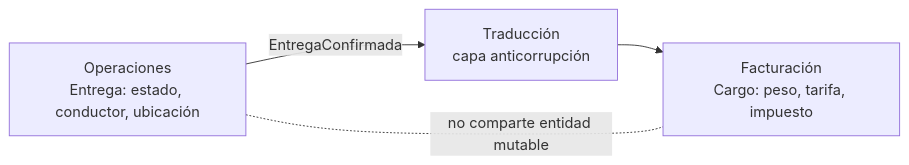
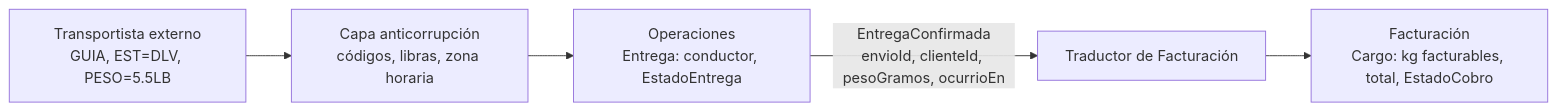
Before and after one commit to NICORUIZ93/The_Imperial_Book: the second of 4 diagrams in web/public/content/arquitectura/modulo-3.md, drawn with Mermaid. The commit also changed other lines of this file and 3 other files, not shown here.

````diff
--- a/web/public/content/arquitectura/modulo-3.md
+++ b/web/public/content/arquitectura/modulo-3.md
@@ -121,6 +552,7 @@
 ```mermaid
 flowchart LR
-  O["Operaciones<br/>Entrega: estado, conductor, ubicación"] -->|"EntregaConfirmada"| T["Traducción<br/>capa anticorrupción"]
-  T --> F["Facturación<br/>Cargo: peso, tarifa, impuesto"]
-  O -. "no comparte entidad mutable" .- F
+    T["Transportista externo<br/>GUIA, EST=DLV, PESO=5.5LB"] --> ACL["Capa anticorrupción<br/>códigos, libras, zona horaria"]
+    ACL --> O["Operaciones<br/>Entrega: conductor, EstadoEntrega"]
+    O -->|"EntregaConfirmada<br/>envioId, clienteId, pesoGramos, ocurrioEn"| TR["Traductor de Facturación"]
+    TR --> F["Facturación<br/>Cargo: kg facturables, total, EstadoCobro"]
 ```
````
